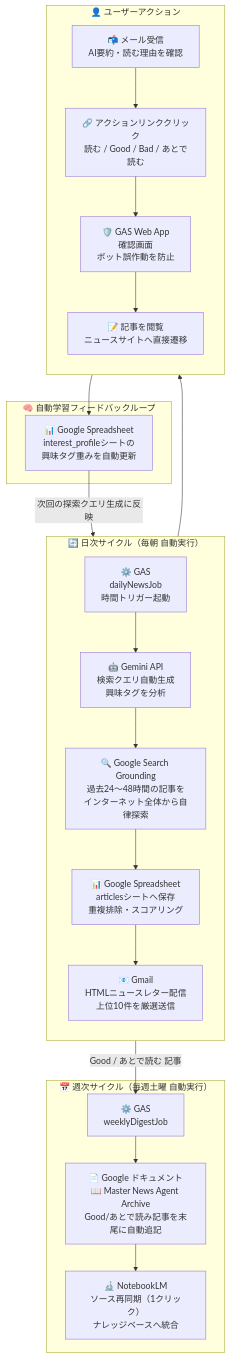
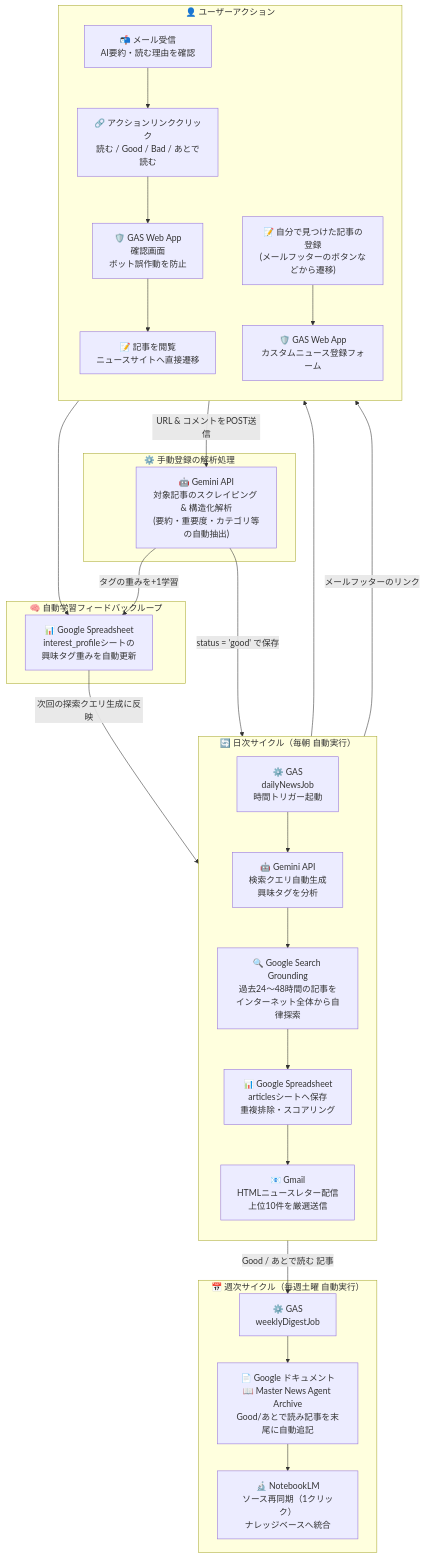
One commit to wawonpapa/gemini-news-agent changed the diagram in README.md. Above: the diagram before and after it, drawn with Mermaid.

Commit message:
docs: update system flow diagram in README to include manual news registration

````diff
--- a/README.md
+++ b/README.md
@@ -17,37 +17,50 @@
 ```mermaid
 flowchart TD
     subgraph DAILY["🔄 日次サイクル（毎朝 自動実行）"]
         direction TB
         A["⚙️ GAS\ndailyNewsJob\n時間トリガー起動"]
         B["🤖 Gemini API\n検索クエリ自動生成\n興味タグを分析"]
         C["🔍 Google Search Grounding\n過去24〜48時間の記事を\nインターネット全体から自律探索"]
         D["📊 Google Spreadsheet\narticlesシートへ保存\n重複排除・スコアリング"]
         E["📧 Gmail\nHTMLニュースレター配信\n上位10件を厳選送信"]
     end
 
     subgraph USER["👤 ユーザーアクション"]
         direction TB
         F["📬 メール受信\nAI要約・読む理由を確認"]
         G["🔗 アクションリンククリック\n読む / Good / Bad / あとで読む"]
         H["🛡️ GAS Web App\n確認画面\nボット誤作動を防止"]
         I["📝 記事を閲覧\nニュースサイトへ直接遷移"]
+        
+        N["📝 自分で見つけた記事の登録\n(メールフッターのボタンなどから遷移)"]
+        O["🛡️ GAS Web App\nカスタムニュース登録フォーム"]
+    end
+
+    subgraph SUBMIT_PROCESS["⚙️ 手動登録の解析処理"]
+        P["🤖 Gemini API\n対象記事のスクレイピング & 構造化解析\n(要約・重要度・カテゴリ等の自動抽出)"]
     end
 
     subgraph LEARN["🧠 自動学習フィードバックループ"]
         J["📊 Google Spreadsheet\ninterest_profileシートの\n興味タグ重みを自動更新"]
     end
 
     subgraph WEEKLY["📅 週次サイクル（毎週土曜 自動実行）"]
         K["⚙️ GAS\nweeklyDigestJob"]
         L["📄 Google ドキュメント\n📖 Master News Agent Archive\nGood/あとで読み記事を末尾に自動追記"]
         M["🔬 NotebookLM\nソース再同期（1クリック）\nナレッジベースへ統合"]
     end
 
     A --> B --> C --> D --> E --> F --> G --> H
     H --> I
     H --> J
     J -->|"次回の探索クエリ生成に反映"| B
 
+    E -->|"メールフッターのリンク"| N
+    N --> O
+    O -->|"URL & コメントをPOST送信"| P
+    P -->|"status = 'good' で保存"| D
+    P -->|"タグの重みを+1学習"| J
+
     D -->|"Good / あとで読む 記事"| K
     K --> L --> M
 ```
````
